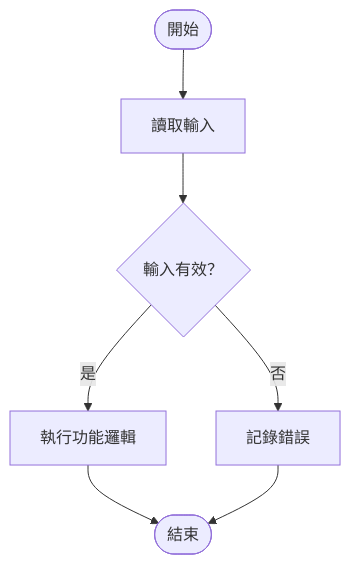
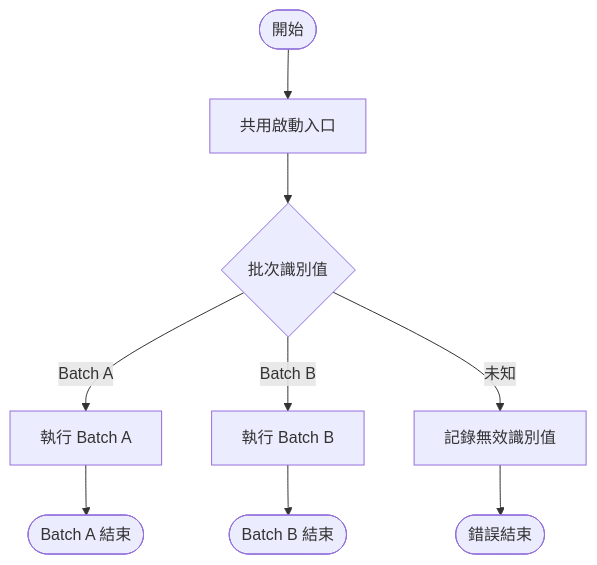
The first of 2 diagrams in skills/batch-spec-writer/assets/batch-spec-template.md (AkagitsuneTW/skill-builder), drawn with Mermaid before and after one commit. The commit also changed other lines of this file and 1 other file, not shown here.

Commit message:
feat: support multi-batch repository specifications

````diff
--- a/skills/batch-spec-writer/assets/batch-spec-template.md
+++ b/skills/batch-spec-writer/assets/batch-spec-template.md
@@ -53,9 +68,11 @@
 ```mermaid
 flowchart TD
-    A([開始]) --> B[讀取輸入]
-    B --> C{輸入有效？}
-    C -- 是 --> D[執行功能邏輯]
-    C -- 否 --> E[記錄錯誤]
-    D --> F([結束])
-    E --> F
+    A([開始]) --> B[共用啟動入口]
+    B --> C{批次識別值}
+    C -- Batch A --> D[執行 Batch A]
+    C -- Batch B --> E[執行 Batch B]
+    C -- 未知 --> F[記錄無效識別值]
+    D --> G([Batch A 結束])
+    E --> H([Batch B 結束])
+    F --> I([錯誤結束])
 ```
````
